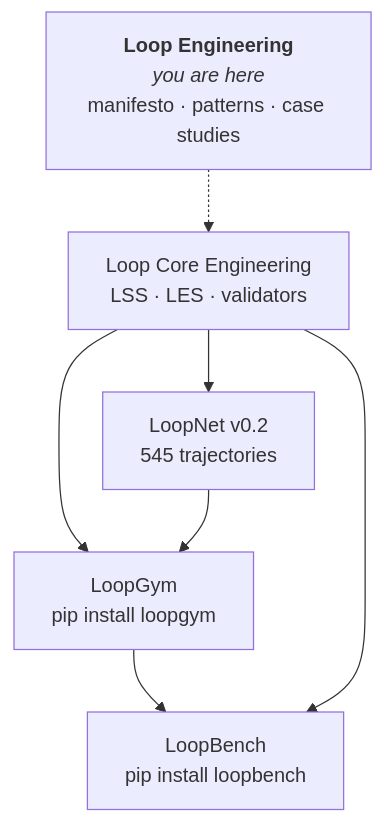
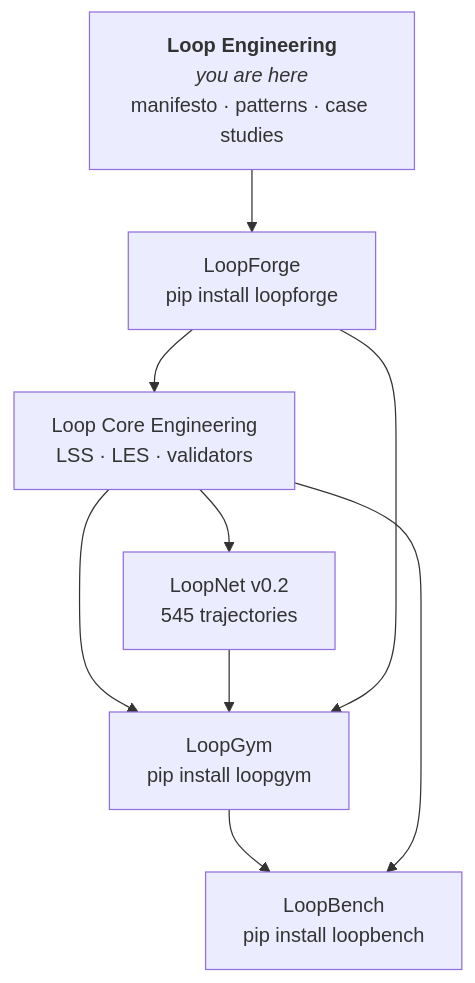
The diagram in README.md (KanakMalpani/Loop-Engineering), drawn with Mermaid before and after one commit. The commit also changed other lines of this file and 83 other files, not shown here.

````diff
--- a/README.md
+++ b/README.md
@@ -58,15 +58,18 @@
 ```mermaid
 flowchart TB
   DOCS["<b>Loop Engineering</b><br/><i>you are here</i><br/>manifesto · patterns · case studies"]
+  FORGE["LoopForge<br/>pip install loopforge"]
   CORE["Loop Core Engineering<br/>LSS · LES · validators"]
   NET["LoopNet v0.2<br/>545 trajectories"]
   GYM["LoopGym<br/>pip install loopgym"]
   BENCH["LoopBench<br/>pip install loopbench"]
 
-  DOCS -.-> CORE
+  DOCS --> FORGE
+  FORGE --> CORE
   CORE --> NET
   CORE --> GYM
   NET --> GYM
   GYM --> BENCH
   CORE --> BENCH
+  FORGE --> GYM
 ```
````
